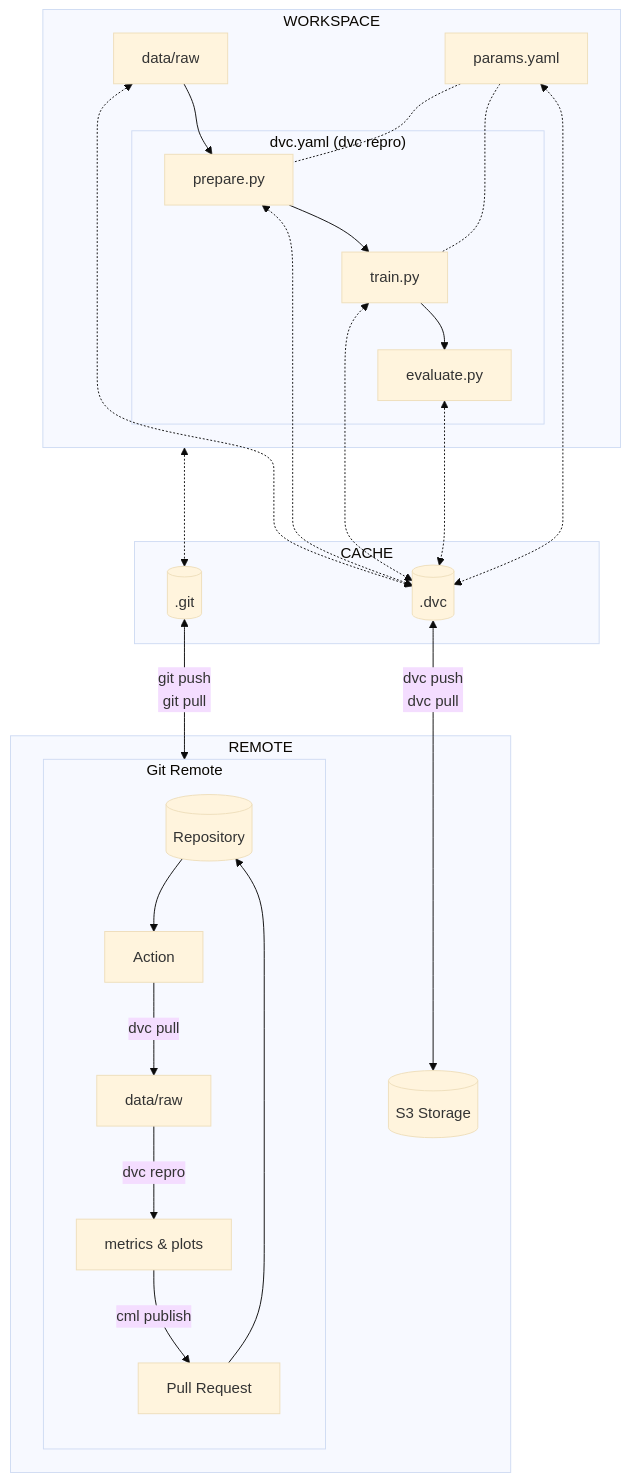
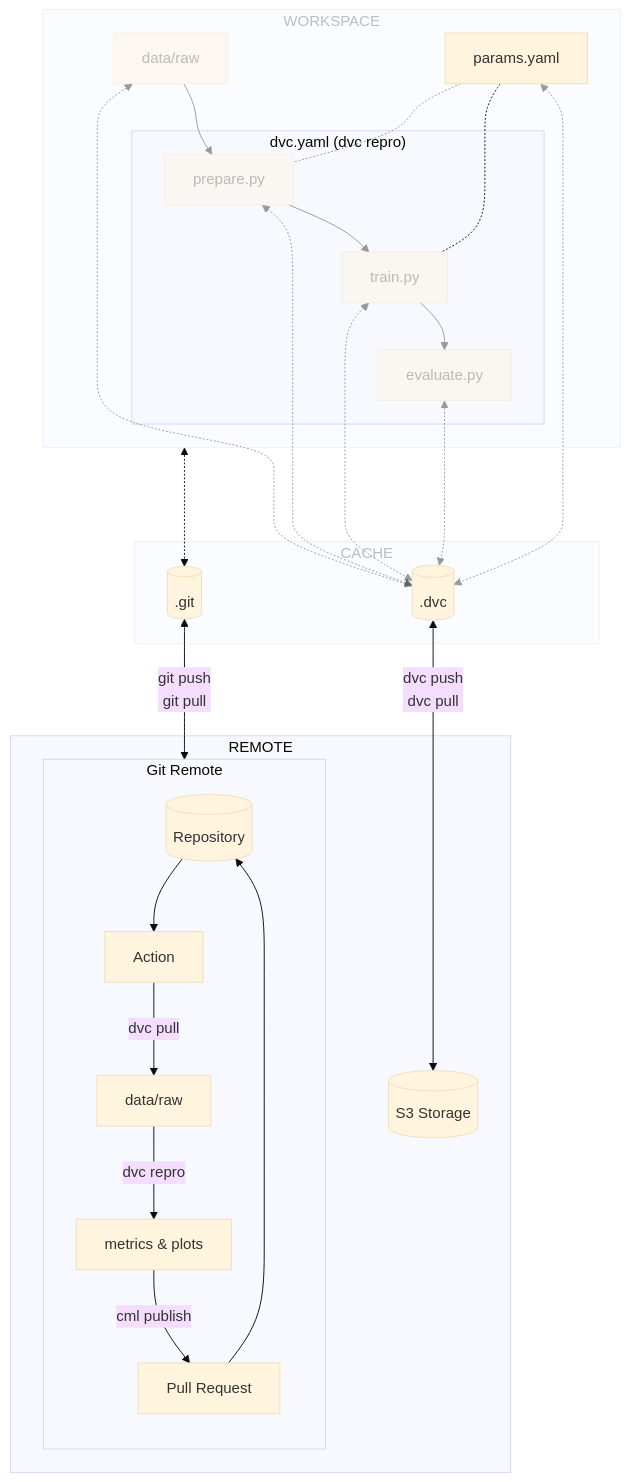
The diagram in docs/part-2-move-the-model-to-the-cloud/chapter-10-work-efficiently-and-collaboratively-with-git.md (swiss-ai-center/a-guide-to-mlops), drawn with Mermaid (base theme) before and after one commit.

Commit message:
Adjust graph elements transparency in Chapter 10

````diff
--- a/docs/part-2-move-the-model-to-the-cloud/chapter-10-work-efficiently-and-collaboratively-with-git.md
+++ b/docs/part-2-move-the-model-to-the-cloud/chapter-10-work-efficiently-and-collaboratively-with-git.md
@@ -27,35 +27,50 @@
 ```mermaid
 flowchart TB
     dot_dvc[(.dvc)] <-->|dvc push\ndvc pull| s3_storage[(S3 Storage)]
     dot_git[(.git)] <-->|git push\ngit pull| gitGraph[Git Remote]
     workspaceGraph <-....-> dot_git
     data[data/raw] <-.-> dot_dvc
     subgraph remoteGraph[REMOTE]
         s3_storage
         subgraph gitGraph[Git Remote]
             direction TB
             repository[(Repository)] --> action[Action]
             action -->|dvc pull| action_data[data/raw]
             action_data -->|dvc repro| action_out[metrics & plots]
             action_out -->|cml publish| pr[Pull Request]
             pr --> repository
         end
     end
     subgraph cacheGraph[CACHE]
         dot_dvc
         dot_git
     end
     subgraph workspaceGraph[WORKSPACE]
         prepare[prepare.py] <-.-> dot_dvc
         train[train.py] <-.-> dot_dvc
         evaluate[evaluate.py] <-.-> dot_dvc
         data --> prepare
         subgraph dvcGraph["dvc.yaml (dvc repro)"]
             prepare --> train
             train --> evaluate
         end
         params[params.yaml] -.- prepare
         params -.- train
         params <-.-> dot_dvc
     end
+    style workspaceGraph opacity:0.4,color:#7f7f7f80
+    style cacheGraph opacity:0.4,color:#7f7f7f80
+    style data opacity:0.4,color:#7f7f7f80
+    style prepare opacity:0.4,color:#7f7f7f80
+    style train opacity:0.4,color:#7f7f7f80
+    style evaluate opacity:0.4,color:#7f7f7f80
+    linkStyle 3 opacity:0.4,color:#7f7f7f80
+    linkStyle 9 opacity:0.4,color:#7f7f7f80
+    linkStyle 10 opacity:0.4,color:#7f7f7f80
+    linkStyle 11 opacity:0.4,color:#7f7f7f80
+    linkStyle 12 opacity:0.4,color:#7f7f7f80
+    linkStyle 13 opacity:0.4,color:#7f7f7f80
+    linkStyle 14 opacity:0.4,color:#7f7f7f80
+    linkStyle 15 opacity:0.4,color:#7f7f7f80
+    linkStyle 17 opacity:0.4,color:#7f7f7f80
 ```
````
